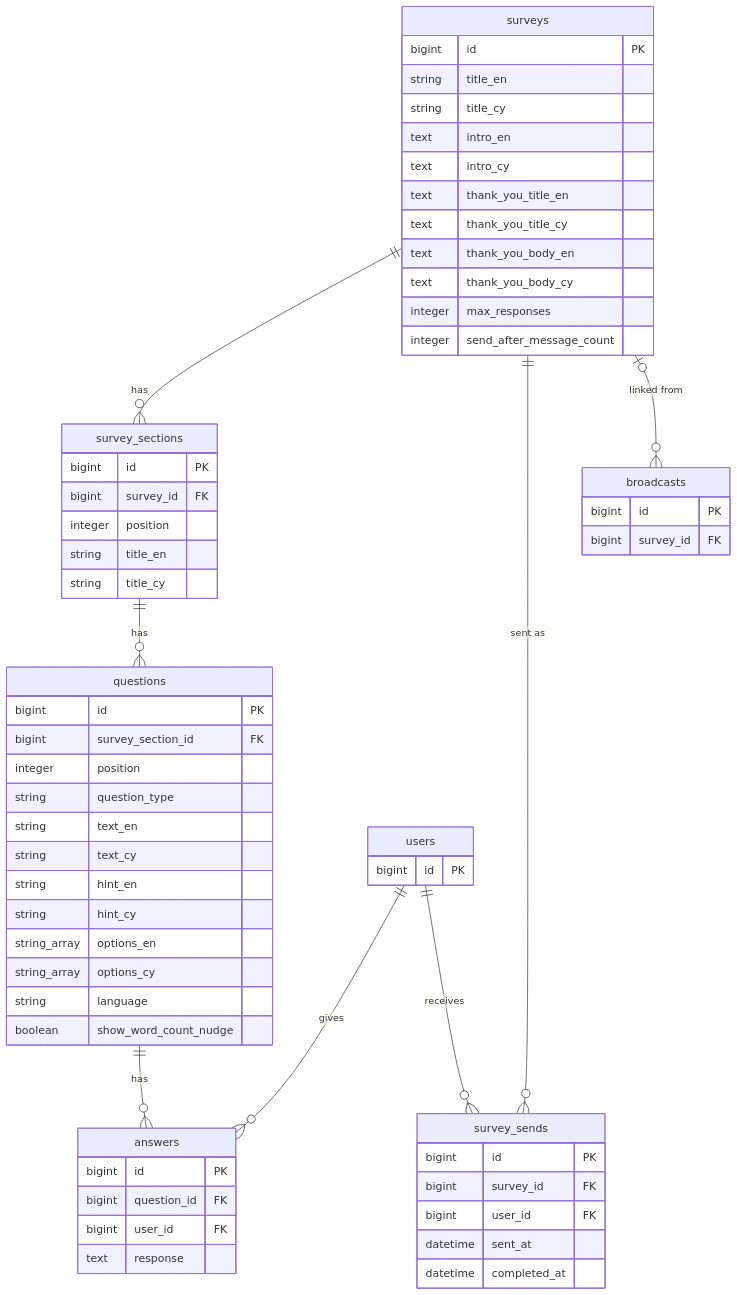
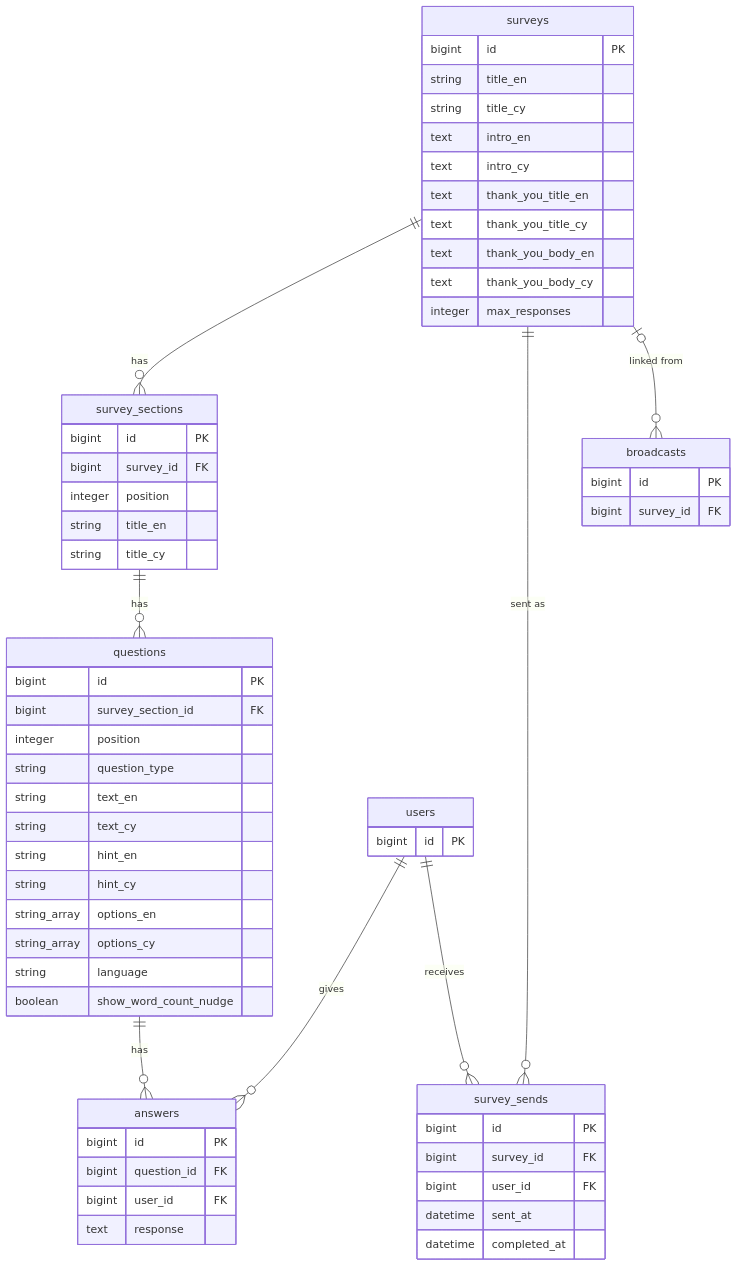
Before and after one commit to nestauk/afs_tiny_happy_people_messaging: the seventh of 9 diagrams in docs/architecture.md, drawn with Mermaid. The commit also changed other lines of this file, not shown here.

````diff
--- a/docs/architecture.md
+++ b/docs/architecture.md
@@ -517,65 +515,64 @@
 ```mermaid
 erDiagram
   surveys ||--o{ survey_sections : "has"
   survey_sections ||--o{ questions : "has"
   questions ||--o{ answers : "has"
   users ||--o{ answers : "gives"
   surveys ||--o{ survey_sends : "sent as"
   users ||--o{ survey_sends : "receives"
   surveys |o--o{ broadcasts : "linked from"
 
   surveys {
     bigint id PK
     string title_en
     string title_cy
     text intro_en
     text intro_cy
     text thank_you_title_en
     text thank_you_title_cy
     text thank_you_body_en
     text thank_you_body_cy
     integer max_responses
-    integer send_after_message_count
   }
   survey_sections {
     bigint id PK
     bigint survey_id FK
     integer position
     string title_en
     string title_cy
   }
   questions {
     bigint id PK
     bigint survey_section_id FK
     integer position
     string question_type
     string text_en
     string text_cy
     string hint_en
     string hint_cy
     string_array options_en
     string_array options_cy
     string language
     boolean show_word_count_nudge
   }
   answers {
     bigint id PK
     bigint question_id FK
     bigint user_id FK
     text response
   }
   survey_sends {
     bigint id PK
     bigint survey_id FK
     bigint user_id FK
     datetime sent_at
     datetime completed_at
   }
   users {
     bigint id PK
   }
   broadcasts {
     bigint id PK
     bigint survey_id FK
   }
 ```
````
